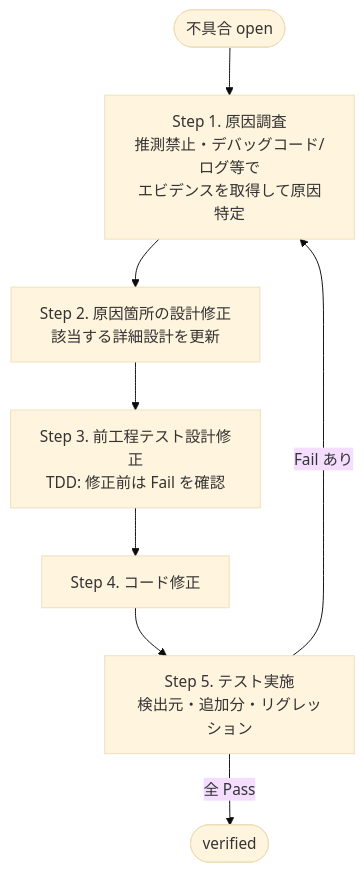
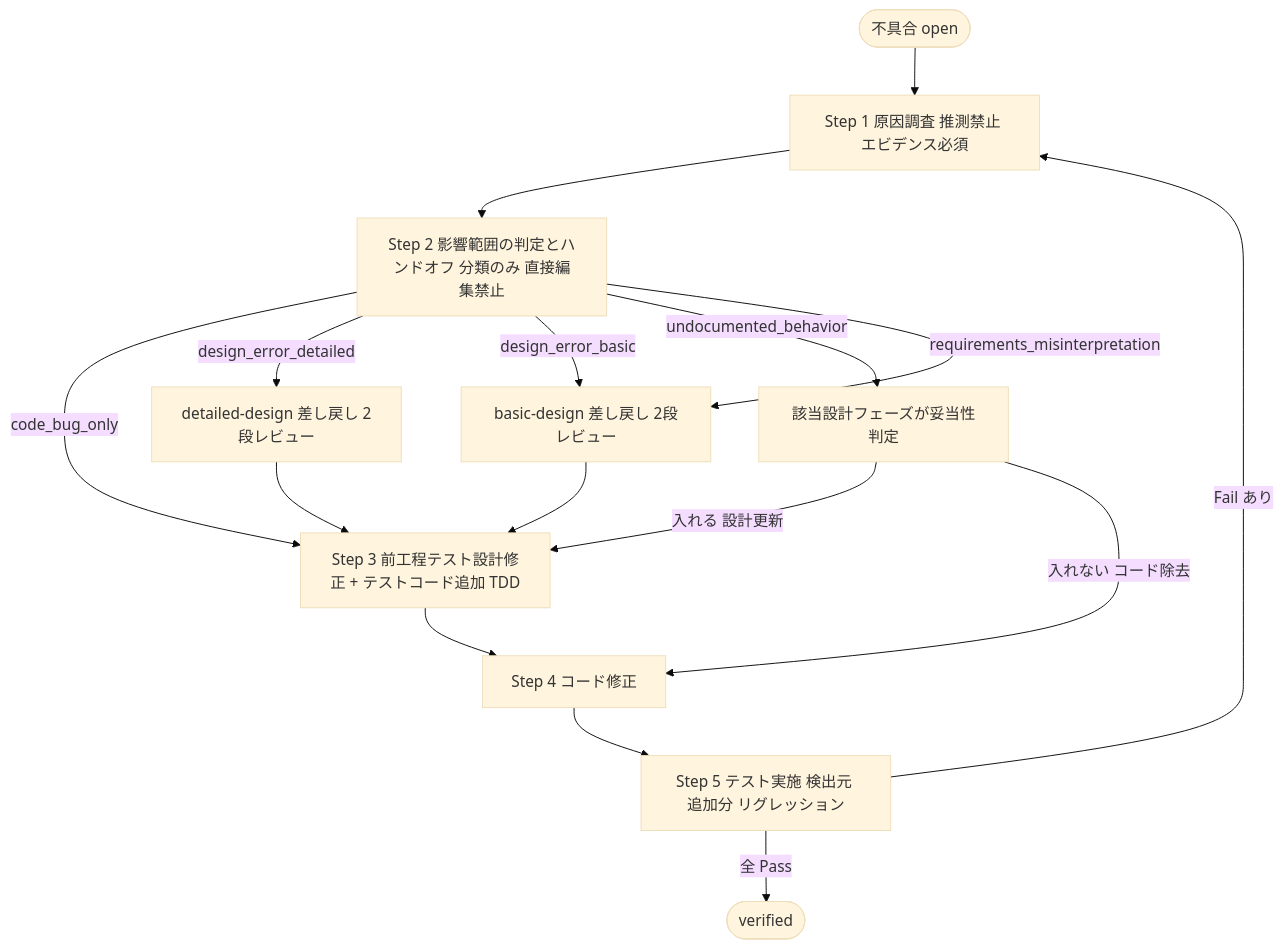
The fourth of 5 diagrams in docs/workflow-overview.md (yamasuki-/software_dev_workflow), drawn with Mermaid (base theme) before and after one commit. The commit also changed other lines of this file and 8 other files, not shown here.

````diff
--- a/docs/workflow-overview.md
+++ b/docs/workflow-overview.md
@@ -91,11 +93,19 @@
 ```mermaid
 flowchart TD
-    Start([不具合 open]) --> S1
-    S1[Step 1. 原因調査<br/>推測禁止・デバッグコード/ログ等で<br/>エビデンスを取得して原因特定]
-    S1 --> S2[Step 2. 原因箇所の設計修正<br/>該当する詳細設計を更新]
-    S2 --> S3[Step 3. 前工程テスト設計修正<br/>TDD: 修正前は Fail を確認]
-    S3 --> S4[Step 4. コード修正]
-    S4 --> S5[Step 5. テスト実施<br/>検出元・追加分・リグレッション]
+    Start([不具合 open]) --> S1[Step 1 原因調査 推測禁止 エビデンス必須]
+    S1 --> S2[Step 2 影響範囲の判定とハンドオフ 分類のみ 直接編集禁止]
+    S2 -->|code_bug_only| S3
+    S2 -->|design_error_detailed| HD[detailed-design 差し戻し 2段レビュー]
+    S2 -->|design_error_basic| HB[basic-design 差し戻し 2段レビュー]
+    S2 -->|undocumented_behavior| HC[該当設計フェーズが妥当性判定]
+    S2 -->|requirements_misinterpretation| HB
+    HD --> S3
+    HB --> S3
+    HC -->|入れる 設計更新| S3
+    HC -->|入れない コード除去| S4
+    S3[Step 3 前工程テスト設計修正 + テストコード追加 TDD]
+    S3 --> S4[Step 4 コード修正]
+    S4 --> S5[Step 5 テスト実施 検出元 追加分 リグレッション]
     S5 -->|全 Pass| Verified([verified])
     S5 -->|Fail あり| S1
 ```
````
